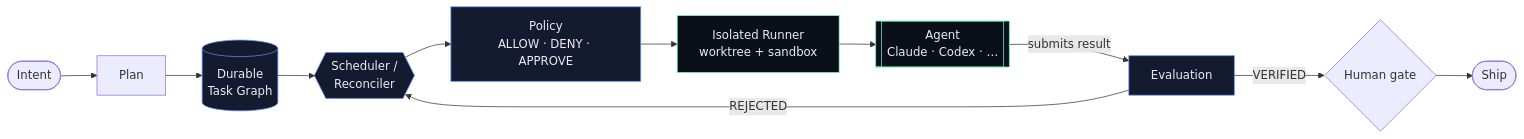
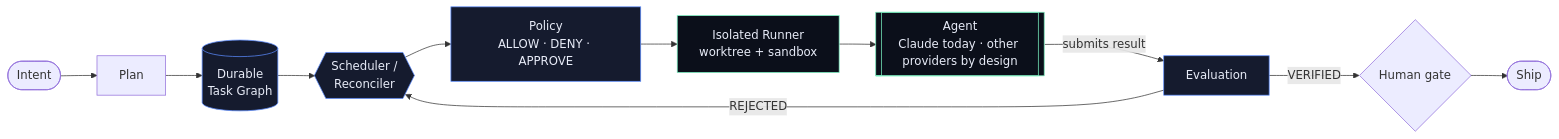
Before and after one commit to fallowlone/Runlith: the first of 19 diagrams in README.md, drawn with Mermaid. The commit also changed other lines of this file, not shown here.

Commit message:
docs(readme): state that Claude is the only provider adapter today

````diff
--- a/README.md
+++ b/README.md
@@ -201,18 +202,18 @@
 ```mermaid
 flowchart LR
     I([Intent]) --> P[Plan]
     P --> T[(Durable<br/>Task Graph)]
     T --> S{{Scheduler /<br/>Reconciler}}
     S --> POL[Policy<br/>ALLOW · DENY · APPROVE]
     POL --> R[Isolated Runner<br/>worktree + sandbox]
-    R --> A[[Agent<br/>Claude · Codex · …]]
+    R --> A[[Agent<br/>Claude today · other providers by design]]
     A -- submits result --> E[Evaluation]
     E -- VERIFIED --> H{Human gate}
     E -- REJECTED --> S
     H --> SHIP([Ship])
 
     classDef core fill:#151b2e,stroke:#5b8cff,color:#e8ecf8;
     classDef edge fill:#0b0f1a,stroke:#7cf5c4,color:#e8ecf8;
     class T,S,POL,E core;
     class A,R edge;
 ```
````
